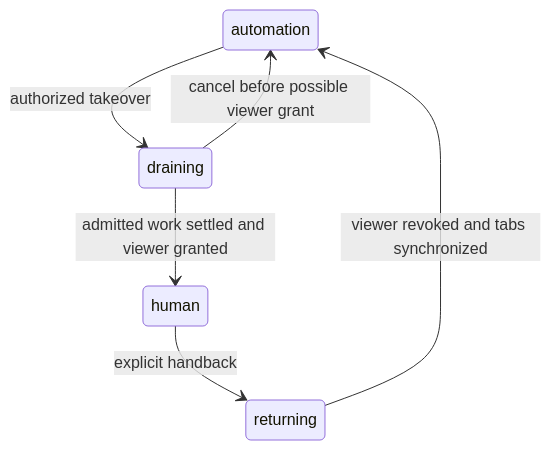
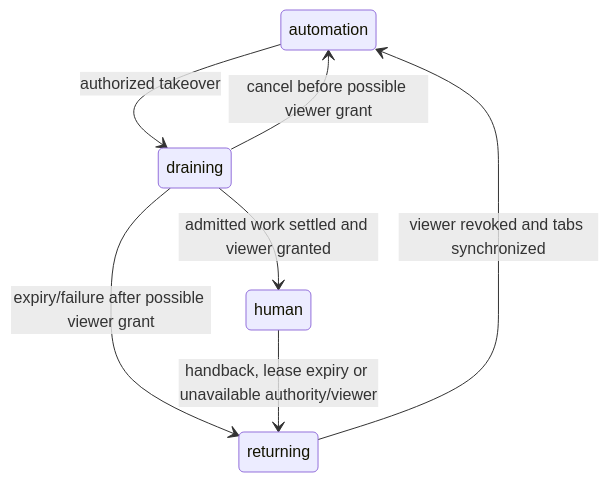
Before and after one commit to converge-ai-labs/agent-foundation: the second of 2 diagrams in spec/a13n-service/14-browsers.md, drawn with Mermaid. The commit also changed other lines of this file and 25 other files, not shown here.

````diff
--- a/spec/a13n-service/14-browsers.md
+++ b/spec/a13n-service/14-browsers.md
@@ -79,8 +79,9 @@
 ```mermaid
 stateDiagram-v2
     automation --> draining: authorized takeover
     draining --> human: admitted work settled and viewer granted
-    human --> returning: explicit handback
+    draining --> returning: expiry/failure after possible viewer grant
+    human --> returning: handback, lease expiry or unavailable authority/viewer
     returning --> automation: viewer revoked and tabs synchronized
     draining --> automation: cancel before possible viewer grant
 ```
````
